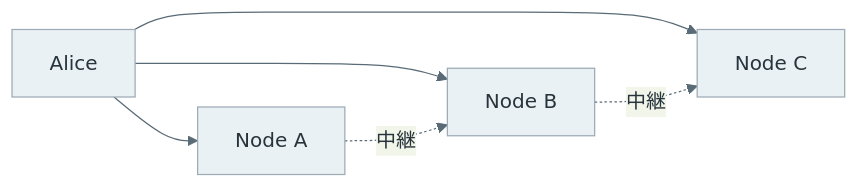
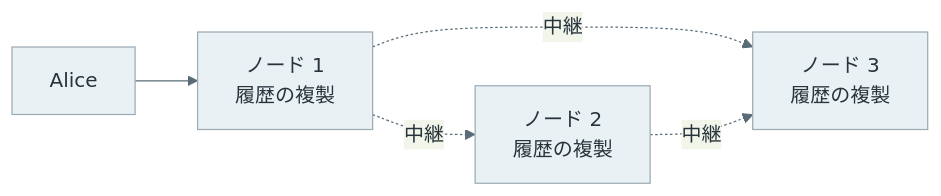
The second of 5 diagrams in content/notes/blockchain-systems/blockchain-basics/index.md (nao1215/debimate), drawn with Mermaid before and after one commit. The commit also changed other lines of this file and 425 other files, not shown here.

````diff
--- a/content/notes/blockchain-systems/blockchain-basics/index.md
+++ b/content/notes/blockchain-systems/blockchain-basics/index.md
@@ -56,10 +55,9 @@
 ```mermaid
 %%{init: {"theme":"base","themeVariables":{"primaryColor":"#eaf1f5","primaryTextColor":"#28343b","primaryBorderColor":"#9cabb5","lineColor":"#596b76","textColor":"#28343b","actorBkg":"#eaf1f5","actorBorder":"#9cabb5","actorTextColor":"#28343b","actorLineColor":"#9cabb5","signalColor":"#596b76","signalTextColor":"#28343b","noteBkgColor":"#f7f1e5","noteBorderColor":"#c5b99b","noteTextColor":"#403c32","activationBkgColor":"#edf3ef","activationBorderColor":"#9aafa1"}}}%%
 flowchart LR
-    A["Alice"] --> N1["Node A"]
-    A --> N2["Node B"]
-    A --> N3["Node C"]
-    N1 -.中継.-> N2
+    A["Alice"] --> N1["ノード 1<br/>履歴の複製"]
+    N1 -.中継.-> N2["ノード 2<br/>履歴の複製"]
+    N1 -.中継.-> N3["ノード 3<br/>履歴の複製"]
     N2 -.中継.-> N3
     classDef default fill:#eaf1f5,stroke:#9cabb5,color:#28343b;
 ```
````
